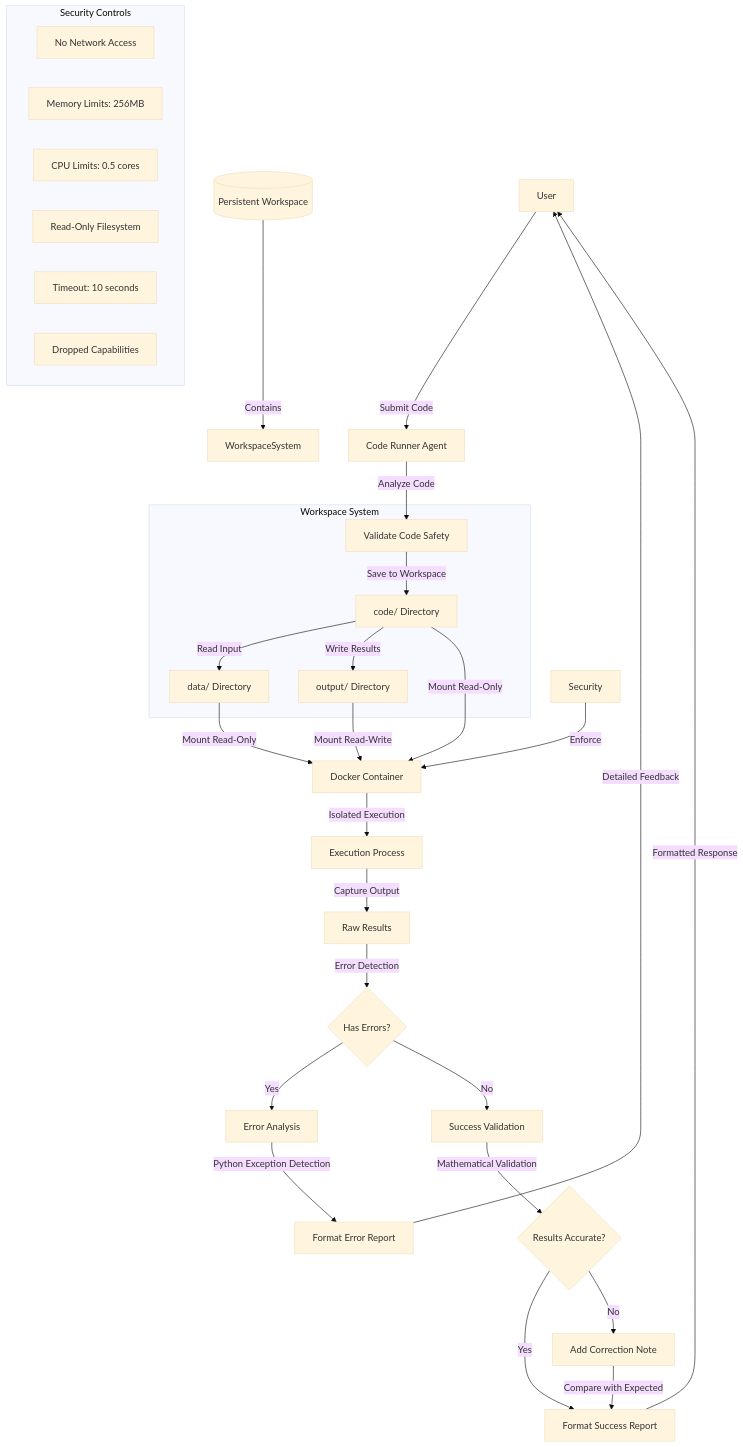
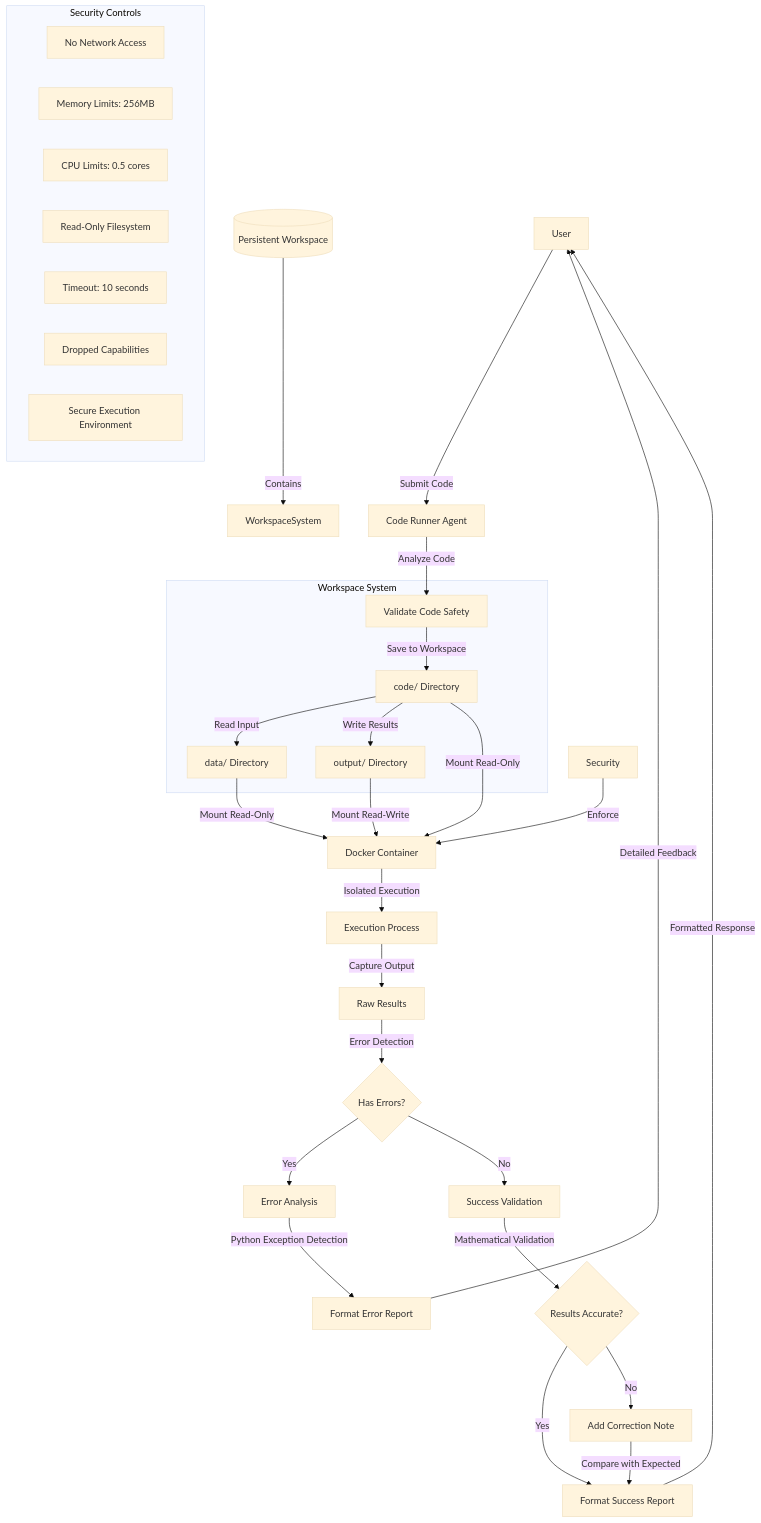
One commit to egkristi/llm-langgraph changed the fifth of 5 diagrams in README.md. Above: the diagram before and after it, drawn with Mermaid (base theme). The commit also changed other lines of this file and 1 other file, not shown here.

````diff
--- a/README.md
+++ b/README.md
@@ -298,46 +295,47 @@
 ```mermaid
 flowchart TD
     User[User] -->|"Submit Code"| Agent[Code Runner Agent]
     Agent -->|"Analyze Code"| CheckCode[Validate Code Safety]
     
     subgraph "Workspace System"
         CheckCode -->|"Save to Workspace"| CodeDir[code/ Directory]
         CodeDir -->|"Read Input"| DataDir[data/ Directory]
         CodeDir -->|"Write Results"| OutputDir[output/ Directory]
     end
     
     Workspace[(Persistent Workspace)] -->|"Contains"| WorkspaceSystem
     
     CodeDir -->|"Mount Read-Only"| Docker[Docker Container]
     DataDir -->|"Mount Read-Only"| Docker
     OutputDir -->|"Mount Read-Write"| Docker
     
     Docker -->|"Isolated Execution"| ExecProcess[Execution Process]
     
     subgraph "Security Controls"
         NS[No Network Access]
         MEM[Memory Limits: 256MB]
         CPU[CPU Limits: 0.5 cores]
         RO[Read-Only Filesystem]
         TO[Timeout: 10 seconds]
         CAP[Dropped Capabilities]
+        SEC[Secure Execution Environment]
     end
     
     Security -->|"Enforce"| Docker
     
     ExecProcess -->|"Capture Output"| Results[Raw Results]
     Results -->|"Error Detection"| ErrorCheck{Has Errors?}
     
     ErrorCheck -->|"Yes"| ErrorAnalysis[Error Analysis]
     ErrorCheck -->|"No"| SuccessCheck[Success Validation]
     
     ErrorAnalysis -->|"Python Exception Detection"| FormatError[Format Error Report]
     SuccessCheck -->|"Mathematical Validation"| ResultCheck{Results Accurate?}
     
     ResultCheck -->|"Yes"| FormatSuccess[Format Success Report]
     ResultCheck -->|"No"| Correction[Add Correction Note]
     
     Correction -->|"Compare with Expected"| FormatSuccess
     FormatError -->|"Detailed Feedback"| User
     FormatSuccess -->|"Formatted Response"| User
 ```
````
